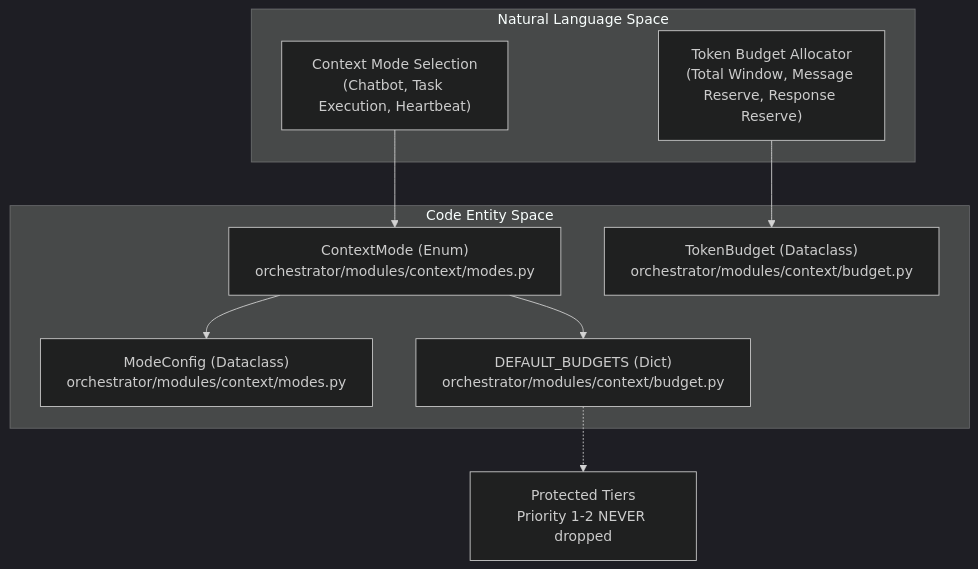
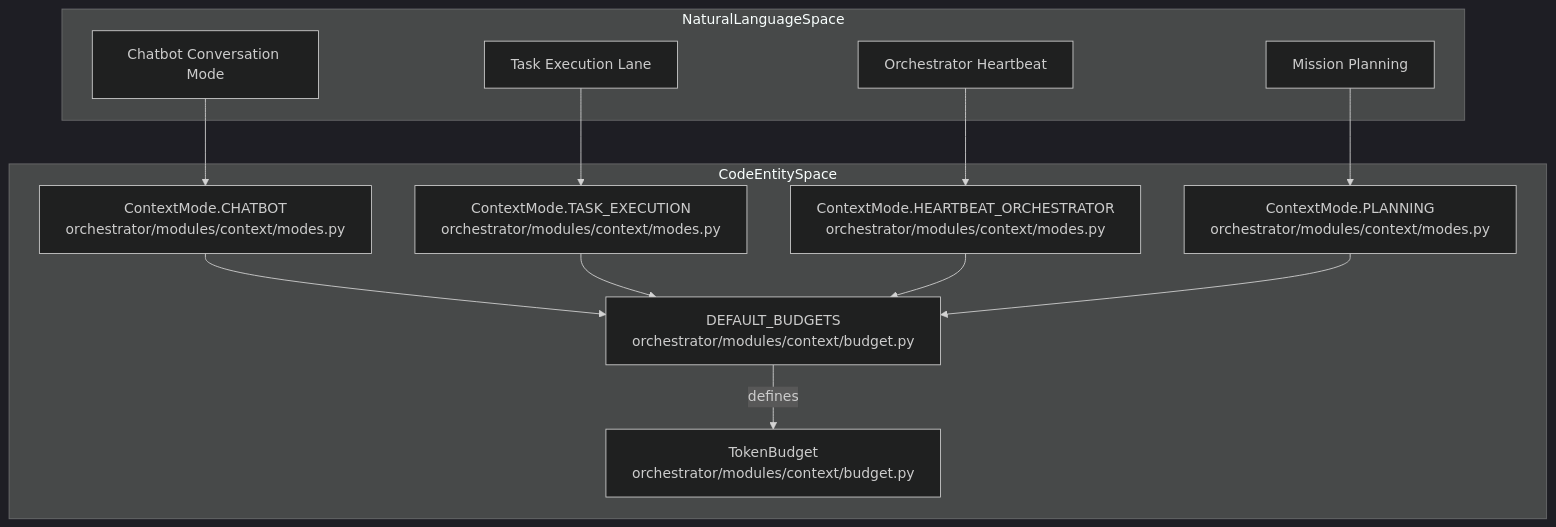
Before and after one commit to AutomatosAI/automatos-ai: the first of 3 diagrams in docs/context-service/token-budget-management.md, drawn with Mermaid (dark theme). The commit also changed other lines of this file and 188 other files, not shown here.

First line of the commit message:
docs: refresh architecture docs and add coverage for new subsystems (#1416)

````diff
--- a/docs/context-service/token-budget-management.md
+++ b/docs/context-service/token-budget-management.md
@@ -50,22 +49,30 @@
 ```mermaid
 graph TB
-    subgraph "Natural Language Space"
-        NL_Mode["Context Mode Selection<br/>(Chatbot, Task Execution, Heartbeat)"]
-        NL_Budget["Token Budget Allocator<br/>(Total Window, Message Reserve, Response Reserve)"]
+    subgraph "NaturalLanguageSpace"
+        NL_Chat["Chatbot Conversation Mode"]
+        NL_Task["Task Execution Lane"]
+        NL_Heartbeat["Orchestrator Heartbeat"]
+        NL_Planning["Mission Planning"]
     end
     
-    subgraph "Code Entity Space"
-        CM["ContextMode (Enum)<br/>orchestrator/modules/context/modes.py"]
-        MC["ModeConfig (Dataclass)<br/>orchestrator/modules/context/modes.py"]
-        TB["TokenBudget (Dataclass)<br/>orchestrator/modules/context/budget.py"]
-        DB["DEFAULT_BUDGETS (Dict)<br/>orchestrator/modules/context/budget.py"]
+    subgraph "CodeEntitySpace"
+        CM_Chat["ContextMode.CHATBOT<br/>orchestrator/modules/context/modes.py"]
+        CM_Task["ContextMode.TASK_EXECUTION<br/>orchestrator/modules/context/modes.py"]
+        CM_HB["ContextMode.HEARTBEAT_ORCHESTRATOR<br/>orchestrator/modules/context/modes.py"]
+        CM_Planning["ContextMode.PLANNING<br/>orchestrator/modules/context/modes.py"]
+        DB["DEFAULT_BUDGETS<br/>orchestrator/modules/context/budget.py"]
+        TB["TokenBudget<br/>orchestrator/modules/context/budget.py"]
     end
     
-    NL_Mode --> CM
-    CM --> MC
-    NL_Budget --> TB
-    CM --> DB
+    NL_Chat --> CM_Chat
+    NL_Task --> CM_Task
+    NL_Heartbeat --> CM_HB
+    NL_Planning --> CM_Planning
     
-    Note1["Protected Tiers<br/>Priority 1-2 NEVER dropped"]
-    DB -.-> Note1
+    CM_Chat --> DB
+    CM_Task --> DB
+    CM_HB --> DB
+    CM_Planning --> DB
+    
+    DB -->|"defines"| TB
 ```
````
